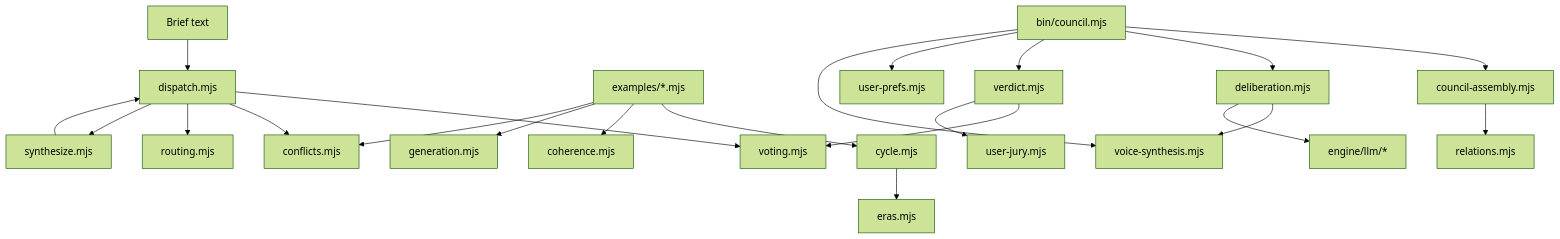
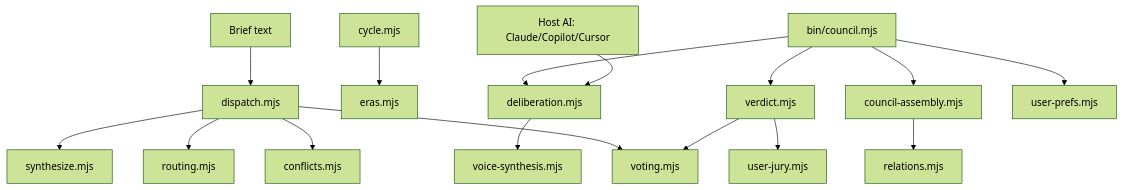
One commit to SuanFishXYY/kpop-design-system changed the diagram in docs/ARCHITECTURE.md. Above: the diagram before and after it, drawn with Mermaid (forest theme). The commit also changed other lines of this file and 19 other files, not shown here.

First line of the commit message:
v3.4.3: de-LLM cleanup · embrace host-AI mode

````diff
--- a/docs/ARCHITECTURE.md
+++ b/docs/ARCHITECTURE.md
@@ -48,24 +7,18 @@
 ```mermaid
 flowchart TD
   brief[Brief text] --> dispatch[dispatch.mjs]
   dispatch --> voting[voting.mjs]
   dispatch --> conflicts[conflicts.mjs]
   dispatch --> routing[routing.mjs]
   dispatch --> synthesize[synthesize.mjs]
-  synthesize --> dispatch
   cycle[cycle.mjs] --> eras[eras.mjs]
-  examples[examples/*.mjs] --> cycle
-  examples --> coherence[coherence.mjs]
-  examples --> generation[generation.mjs]
-  examples --> conflicts
   council[council-assembly.mjs] --> relations[relations.mjs]
   bin[bin/council.mjs] --> council
   bin --> deliberation[deliberation.mjs]
   deliberation --> voice[voice-synthesis.mjs]
-  deliberation --> llm[engine/llm/*]
+  host[Host AI: Claude/Copilot/Cursor] --> deliberation
   bin --> verdict[verdict.mjs]
   verdict --> voting
   verdict --> jury[user-jury.mjs]
   bin --> prefs[user-prefs.mjs]
-  bin --> voice
 ```
````
